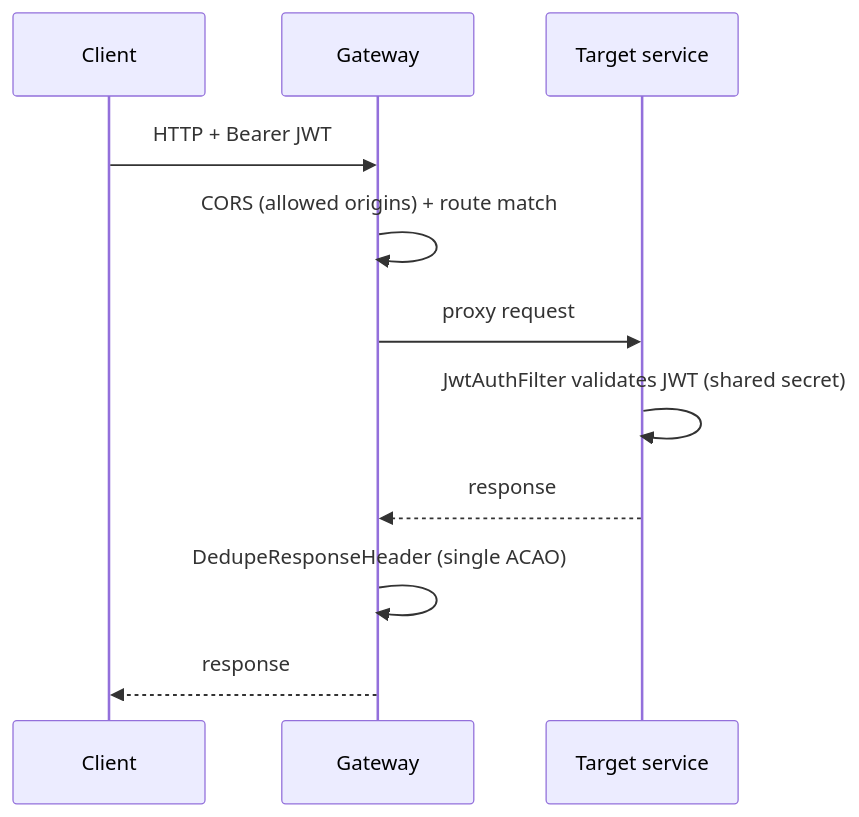
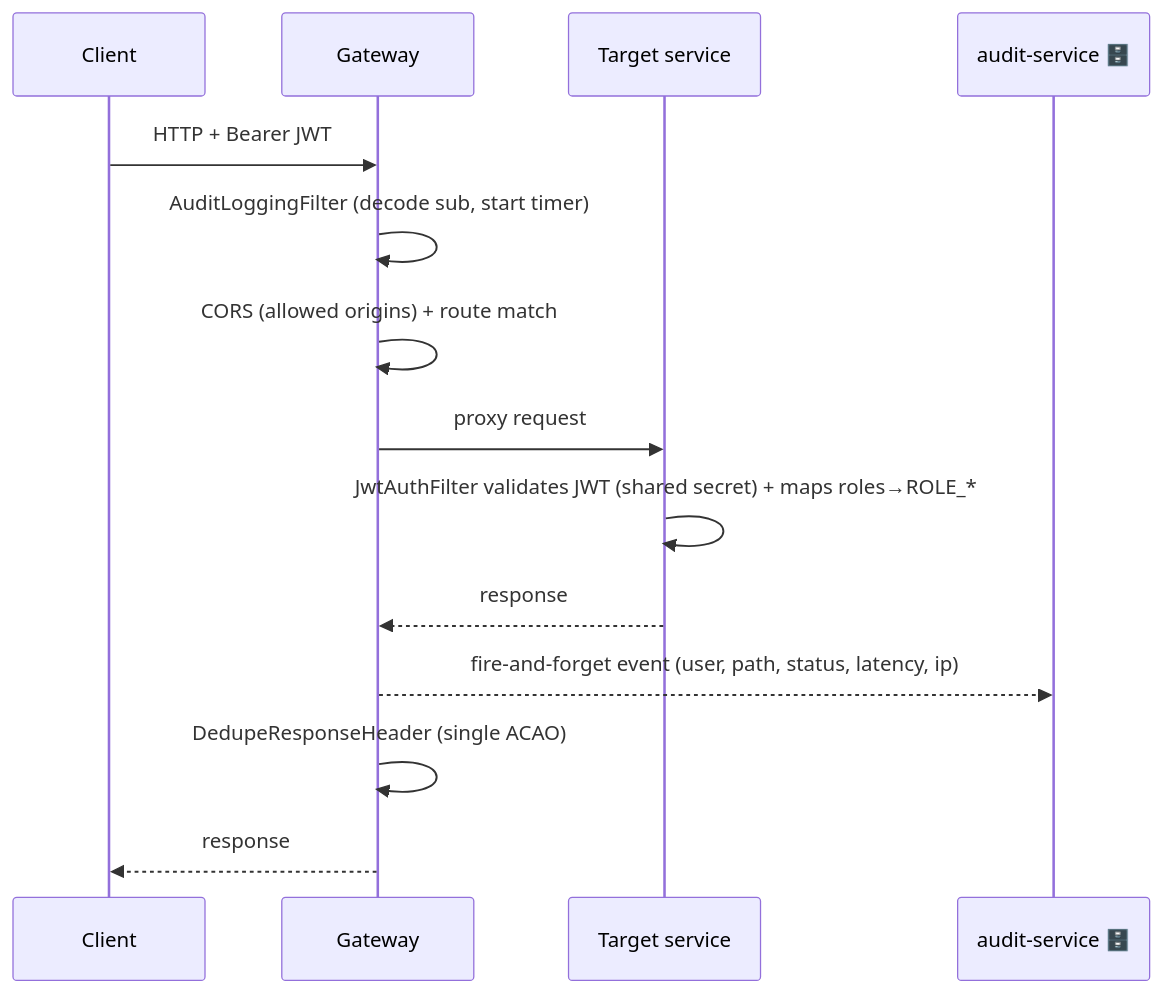
Before and after one commit to vadlapatlasuresh/my-wealth-management: the diagram in docs/workflows/components/00-api-gateway.md, drawn with Mermaid. The commit also changed other lines of this file and 195 other files, not shown here.

````diff
--- a/docs/workflows/components/00-api-gateway.md
+++ b/docs/workflows/components/00-api-gateway.md
@@ -24,13 +32,16 @@
 ```mermaid
 sequenceDiagram
     participant C as Client
     participant GW as Gateway
     participant S as Target service
+    participant AUD as audit-service 🗄️
     C->>GW: HTTP + Bearer JWT
+    GW->>GW: AuditLoggingFilter (decode sub, start timer)
     GW->>GW: CORS (allowed origins) + route match
     GW->>S: proxy request
-    S->>S: JwtAuthFilter validates JWT (shared secret)
+    S->>S: JwtAuthFilter validates JWT (shared secret) + maps roles→ROLE_*
     S-->>GW: response
+    GW-->>AUD: fire-and-forget event (user, path, status, latency, ip)
     GW->>GW: DedupeResponseHeader (single ACAO)
     GW-->>C: response
 ```
````
